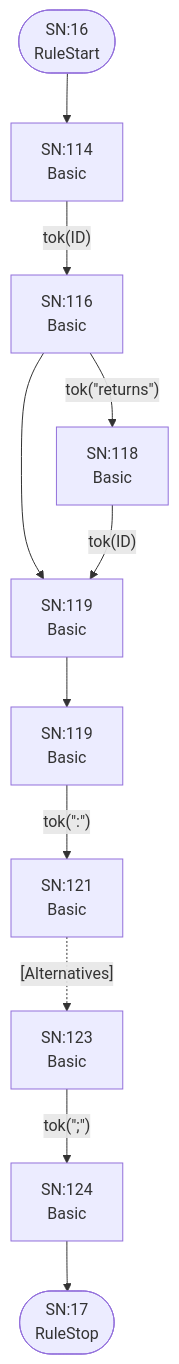
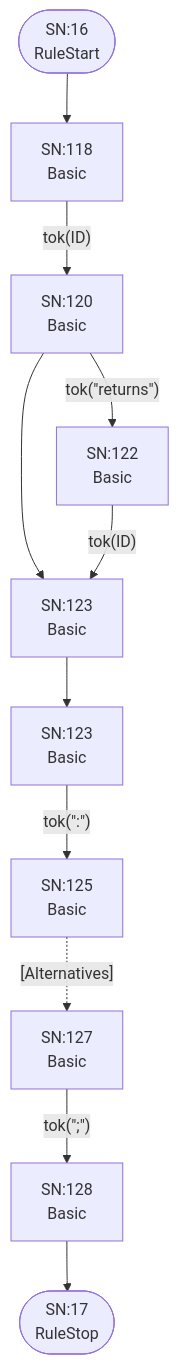
The ninth of 26 diagrams in internal/grammar/atn.md (TypeFox/fastbelt), drawn with Mermaid before and after one commit. The commit also changed other lines of this file and 22 other files, not shown here.

````diff
--- a/internal/grammar/atn.md
+++ b/internal/grammar/atn.md
@@ -225,24 +230,24 @@
 ```mermaid
 flowchart TD
     q16(["SN:16<br/>RuleStart"])
     q17(["SN:17<br/>RuleStop"])
-    q114["SN:114<br/>Basic<br/>"]
-    q115["SN:116<br/>Basic<br/>"]
-    q116["SN:118<br/>Basic<br/>"]
-    q117["SN:119<br/>Basic<br/>"]
-    q118["SN:119<br/>Basic<br/>"]
-    q119["SN:121<br/>Basic<br/>"]
-    q120["SN:123<br/>Basic<br/>"]
-    q121["SN:124<br/>Basic<br/>"]
+    q118["SN:118<br/>Basic<br/>"]
+    q119["SN:120<br/>Basic<br/>"]
+    q120["SN:122<br/>Basic<br/>"]
+    q121["SN:123<br/>Basic<br/>"]
+    q122["SN:123<br/>Basic<br/>"]
+    q123["SN:125<br/>Basic<br/>"]
+    q124["SN:127<br/>Basic<br/>"]
+    q125["SN:128<br/>Basic<br/>"]
 
-    q16 --> q114
-    q114 -->|"tok(ID)"| q115
-    q115 -->|"tok(&quot;returns&quot;)"| q116
-    q115 --> q117
-    q116 -->|"tok(ID)"| q117
-    q117 --> q118
-    q118 -->|"tok(&quot;:&quot;)"| q119
-    q119 -.->|"[Alternatives]"| q120
-    q120 -->|"tok(&quot;;&quot;)"| q121
-    q121 --> q17
+    q16 --> q118
+    q118 -->|"tok(ID)"| q119
+    q119 -->|"tok(&quot;returns&quot;)"| q120
+    q119 --> q121
+    q120 -->|"tok(ID)"| q121
+    q121 --> q122
+    q122 -->|"tok(&quot;:&quot;)"| q123
+    q123 -.->|"[Alternatives]"| q124
+    q124 -->|"tok(&quot;;&quot;)"| q125
+    q125 --> q17
 ```
````
